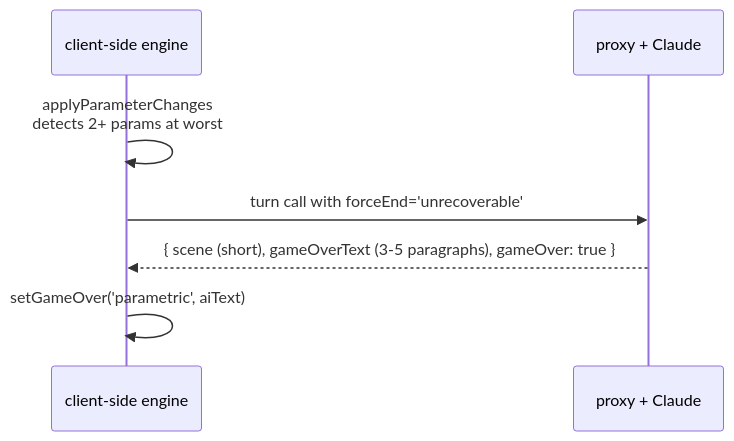
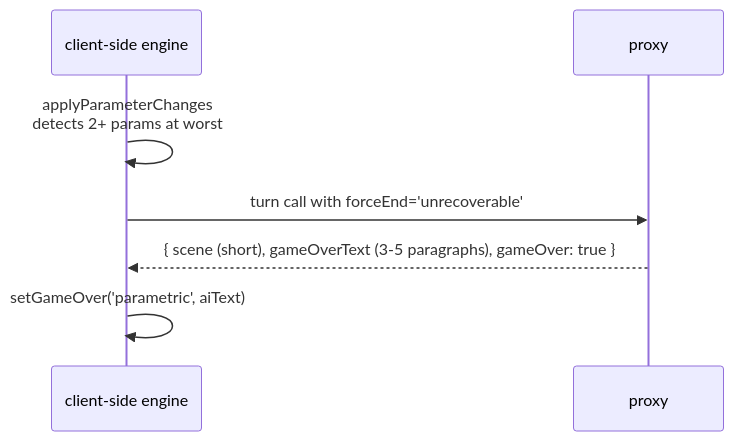
Before and after one commit to khelias/ai-adventure-engine: the fifth of 7 diagrams in docs/ARCHITECTURE.md, drawn with Mermaid. The commit also changed other lines of this file and 17 other files, not shown here.

````diff
--- a/docs/ARCHITECTURE.md
+++ b/docs/ARCHITECTURE.md
@@ -122,9 +129,9 @@
 ```mermaid
 sequenceDiagram
     participant Engine as client-side engine
-    participant P as proxy + Claude
+    participant P as proxy
     Engine->>Engine: applyParameterChanges<br/>detects 2+ params at worst
     Engine->>P: turn call with forceEnd='unrecoverable'
     P-->>Engine: { scene (short), gameOverText (3-5 paragraphs), gameOver: true }
     Engine->>Engine: setGameOver('parametric', aiText)
 ```
````
